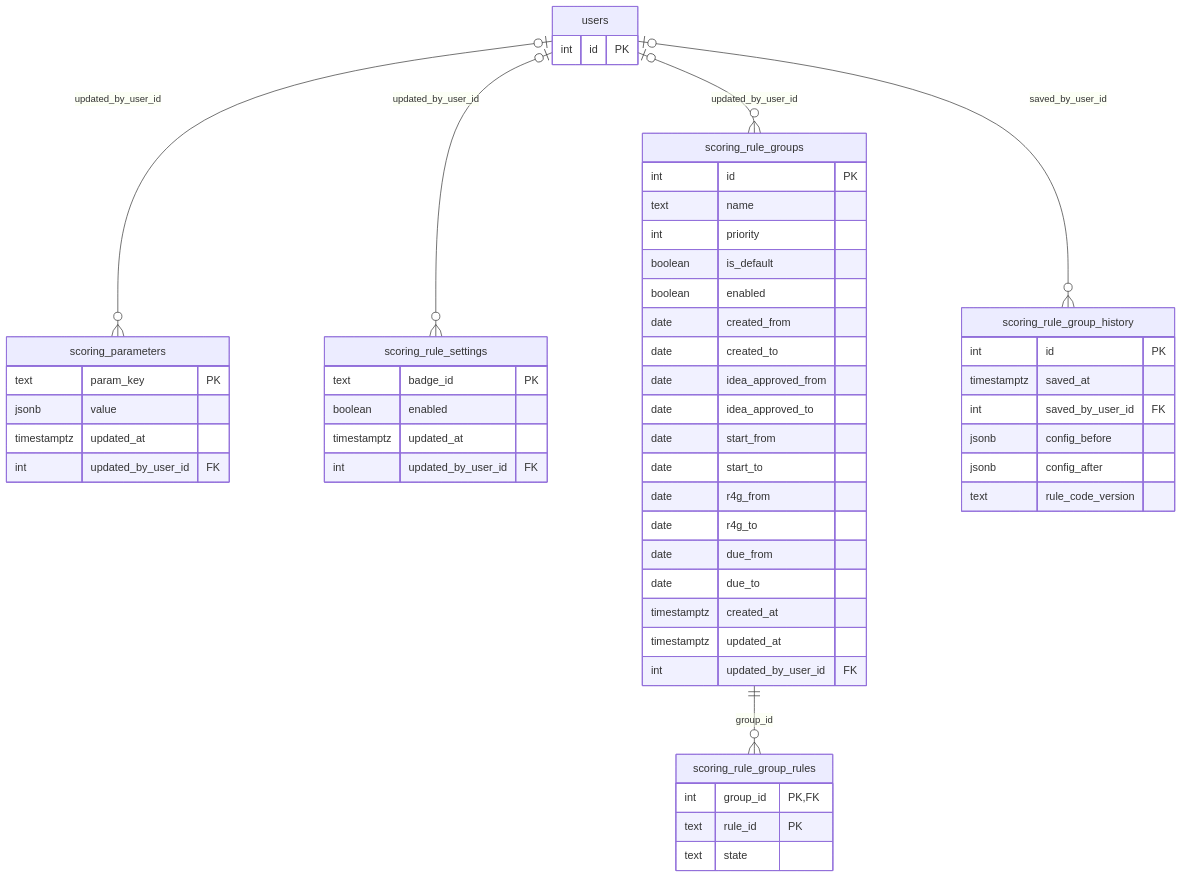
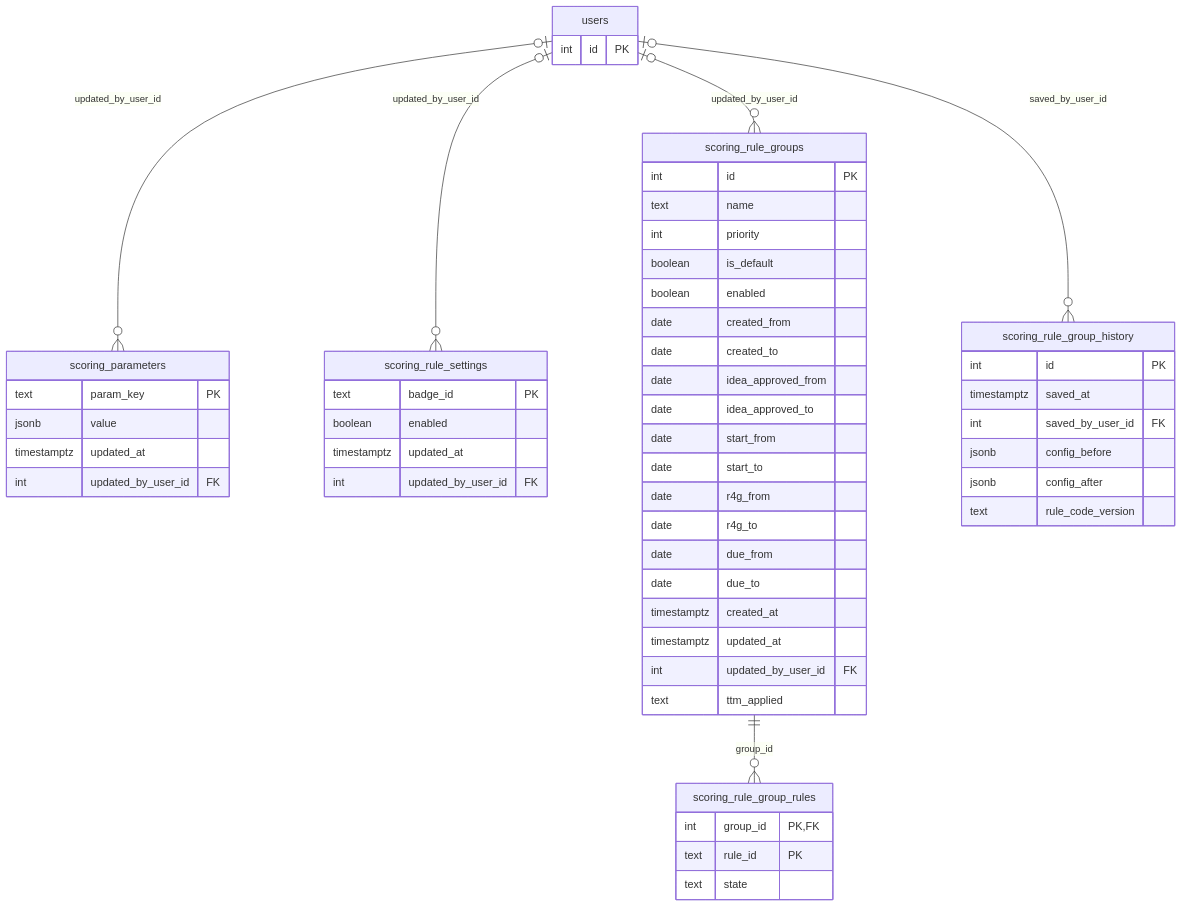
The sixth of 12 diagrams in docs/database-erd.md (dminhbb/ttm-tool), drawn with Mermaid before and after one commit. The commit also changed other lines of this file and 47 other files, not shown here.

````diff
--- a/docs/database-erd.md
+++ b/docs/database-erd.md
@@ -952,56 +959,57 @@
 ```mermaid
 erDiagram
     scoring_parameters {
         text param_key PK
         jsonb value
         timestamptz updated_at
         int updated_by_user_id FK
     }
     scoring_rule_settings {
         text badge_id PK
         boolean enabled
         timestamptz updated_at
         int updated_by_user_id FK
     }
     scoring_rule_groups {
         int id PK
         text name
         int priority
         boolean is_default
         boolean enabled
         date created_from
         date created_to
         date idea_approved_from
         date idea_approved_to
         date start_from
         date start_to
         date r4g_from
         date r4g_to
         date due_from
         date due_to
         timestamptz created_at
         timestamptz updated_at
         int updated_by_user_id FK
+        text ttm_applied
     }
     scoring_rule_group_rules {
         int group_id PK, FK
         text rule_id PK
         text state
     }
     scoring_rule_group_history {
         int id PK
         timestamptz saved_at
         int saved_by_user_id FK
         jsonb config_before
         jsonb config_after
         text rule_code_version
     }
     users {
         int id PK
     }
     users |o--o{ scoring_parameters : "updated_by_user_id"
     users |o--o{ scoring_rule_settings : "updated_by_user_id"
     users |o--o{ scoring_rule_groups : "updated_by_user_id"
     scoring_rule_groups ||--o{ scoring_rule_group_rules : "group_id"
     users |o--o{ scoring_rule_group_history : "saved_by_user_id"
 ```
````
